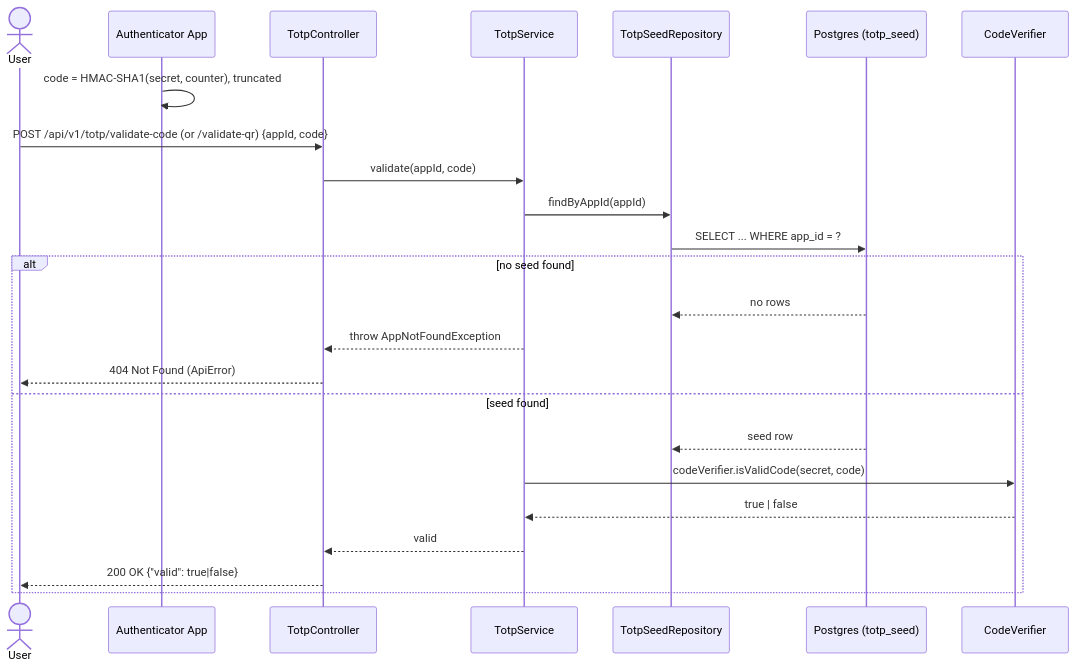
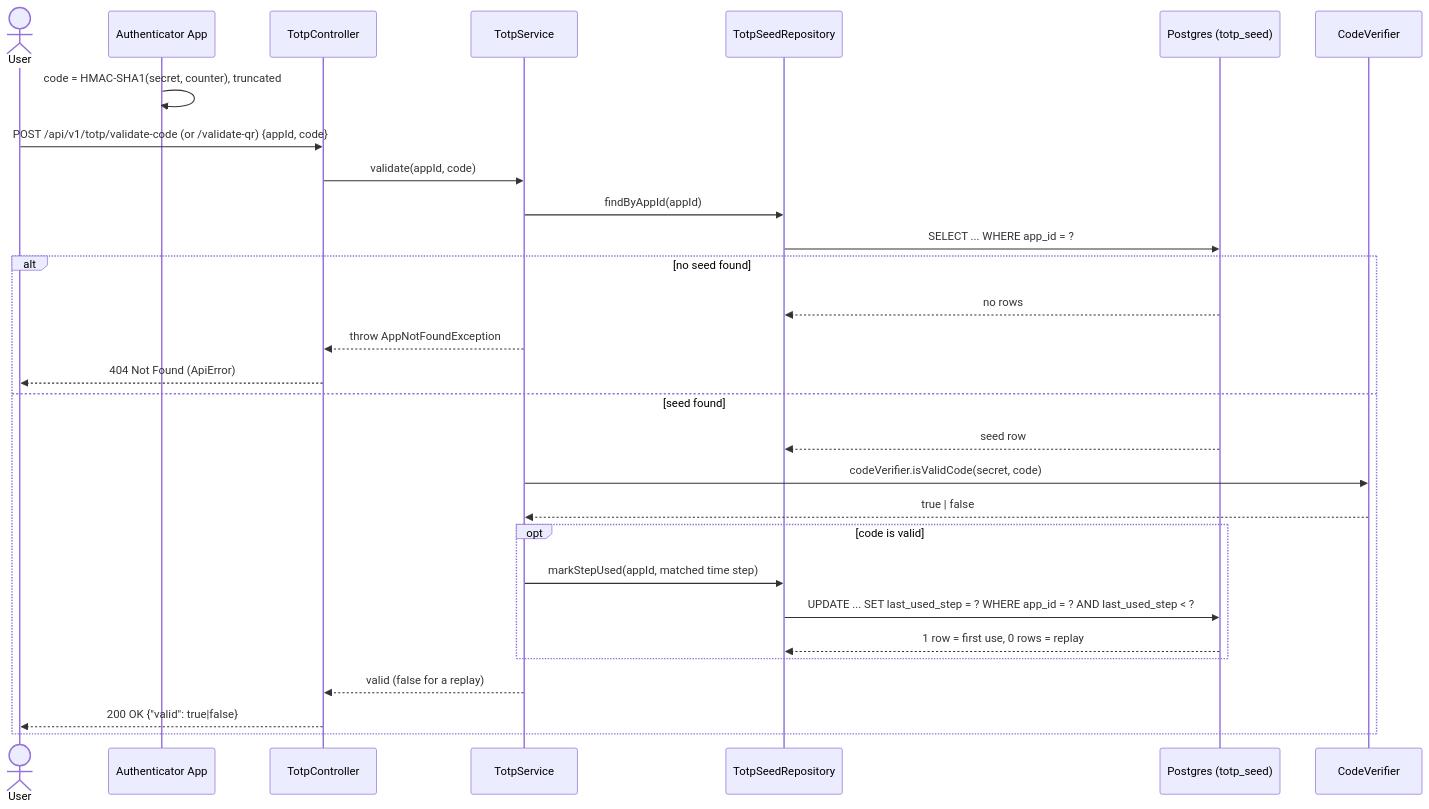
Before and after one commit to himnay/learning-totp: the sixth of 7 diagrams in README.md, drawn with Mermaid. The commit also changed other lines of this file and 5 other files, not shown here.

````diff
--- a/README.md
+++ b/README.md
@@ -387,27 +394,32 @@
 ```mermaid
 sequenceDiagram
     actor User
     participant App as Authenticator App
     participant API as TotpController
     participant Svc as TotpService
     participant Repo as TotpSeedRepository
     participant DB as Postgres (totp_seed)
     participant Ver as CodeVerifier
 
     App->>App: code = HMAC-SHA1(secret, counter), truncated
     User->>API: POST /api/v1/totp/validate-code (or /validate-qr) {appId, code}
     API->>Svc: validate(appId, code)
     Svc->>Repo: findByAppId(appId)
     Repo->>DB: SELECT ... WHERE app_id = ?
     alt no seed found
         DB-->>Repo: no rows
         Svc-->>API: throw AppNotFoundException
         API-->>User: 404 Not Found (ApiError)
     else seed found
         DB-->>Repo: seed row
         Svc->>Ver: codeVerifier.isValidCode(secret, code)
         Ver-->>Svc: true | false
-        Svc-->>API: valid
+        opt code is valid
+            Svc->>Repo: markStepUsed(appId, matched time step)
+            Repo->>DB: UPDATE ... SET last_used_step = ? WHERE app_id = ? AND last_used_step < ?
+            DB-->>Repo: 1 row = first use, 0 rows = replay
+        end
+        Svc-->>API: valid (false for a replay)
         API-->>User: 200 OK {"valid": true|false}
     end
 ```
````
